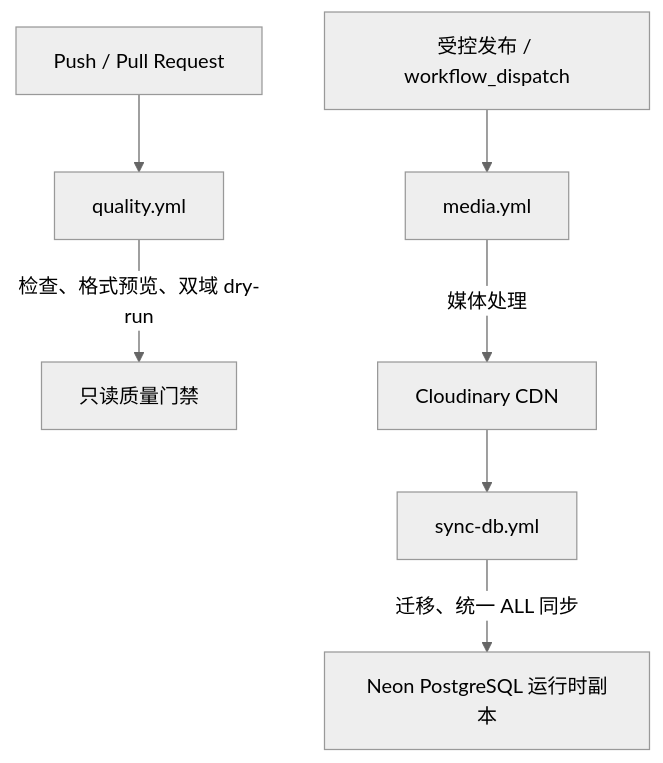
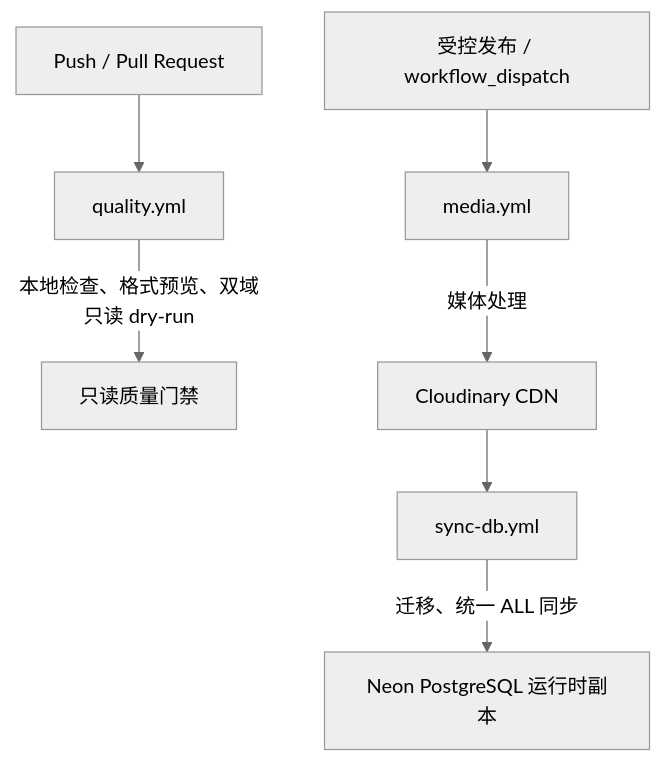
The diagram in .github/README.md (deadlyedge/zickme-blog), drawn with Mermaid (neutral theme) before and after one commit. The commit also changed other lines of this file and 13 other files, not shown here.

````diff
--- a/.github/README.md
+++ b/.github/README.md
@@ -11,9 +11,9 @@
 ```mermaid
 graph TD
     A[Push / Pull Request] --> Q[quality.yml]
-    Q -->|检查、格式预览、双域 dry-run| R[只读质量门禁]
+    Q -->|本地检查、格式预览、双域只读 dry-run| R[只读质量门禁]
     P[受控发布 / workflow_dispatch] --> M[media.yml]
     M -->|媒体处理| C[Cloudinary CDN]
     C --> S[sync-db.yml]
     S -->|迁移、统一 ALL 同步| E[Neon PostgreSQL 运行时副本]
 ```
````
